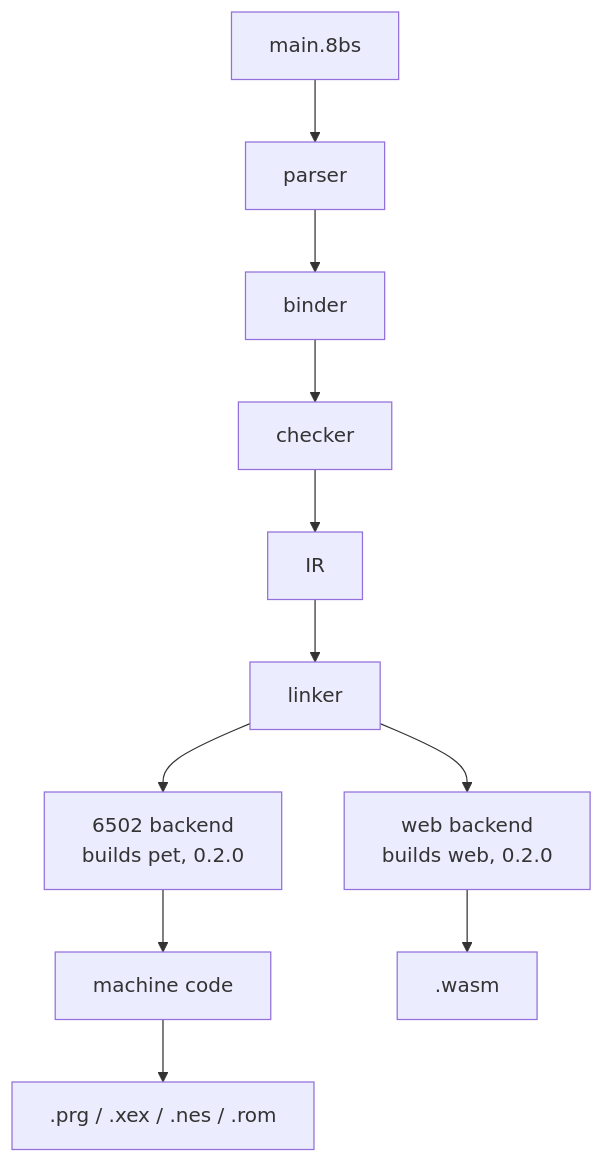
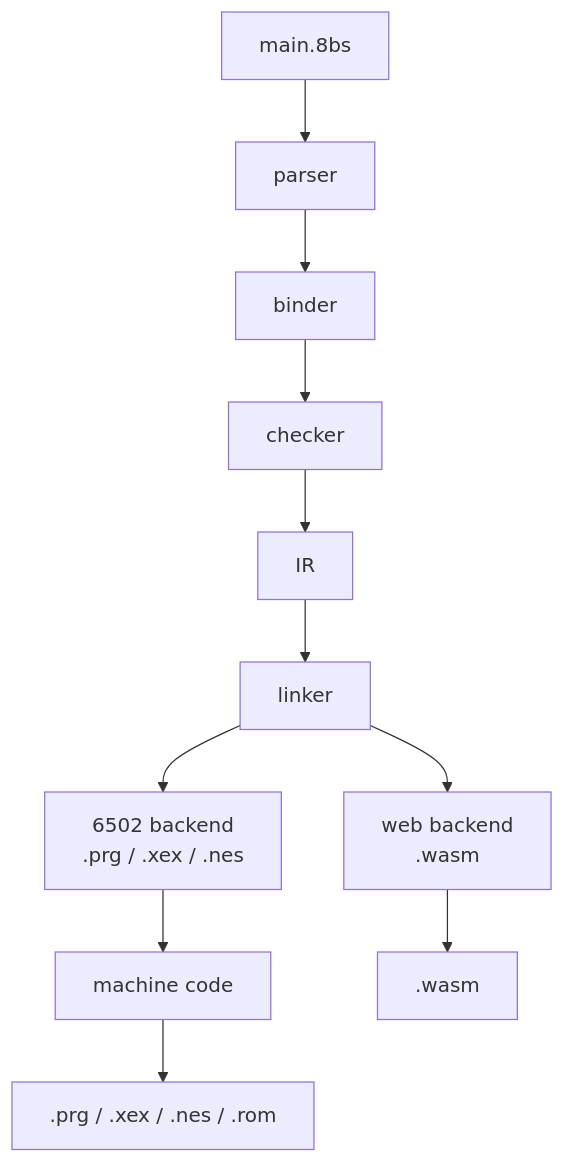
The diagram in README.md (8BitScript/8bitscript), drawn with Mermaid before and after one commit. The commit also changed other lines of this file and 3 other files, not shown here.

````diff
--- a/README.md
+++ b/README.md
@@ -79,13 +63,13 @@
 ```mermaid
 flowchart TD
     SRC["main.8bs"] --> PARSER["parser"]
     PARSER --> BINDER["binder"]
     BINDER --> CHECKER["checker"]
     CHECKER --> IR["IR"]
     IR --> LINKER["linker"]
-    LINKER --> MOS["6502 backend<br/>builds pet, 0.2.0"]
-    LINKER --> WEB["web backend<br/>builds web, 0.2.0"]
+    LINKER --> MOS["6502 backend<br/>.prg / .xex / .nes"]
+    LINKER --> WEB["web backend<br/>.wasm"]
     MOS --> MC["machine code"]
     MC --> PRG[".prg / .xex / .nes / .rom"]
     WEB --> WASM[".wasm"]
 ```
````
